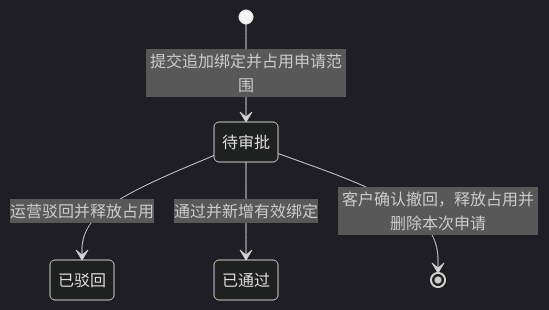
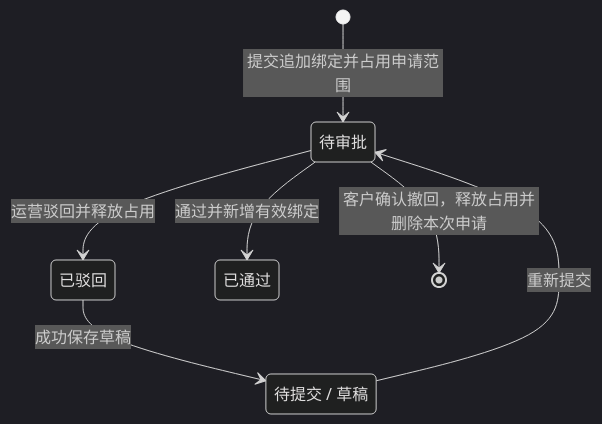
The third of 3 diagrams in docs/development/05-state-transitions.md (watanabeJ/traceability-quality-code-prototype), drawn with Mermaid (dark theme) before and after one commit. The commit also changed other lines of this file and 14 other files, not shown here.

````diff
--- a/docs/development/05-state-transitions.md
+++ b/docs/development/05-state-transitions.md
@@ -47,10 +47,13 @@
 ```mermaid
 stateDiagram-v2
   state "待审批" as pending
   state "已驳回" as rejected
   state "已通过" as approved
+  state "待提交 / 草稿" as draft
+  rejected --> draft: 成功保存草稿
+  draft --> pending: 重新提交
   [*] --> pending: 提交追加绑定并占用申请范围
   pending --> rejected: 运营驳回并释放占用
   pending --> approved: 通过并新增有效绑定
   pending --> [*]: 客户确认撤回，释放占用并删除本次申请
 ```
````
